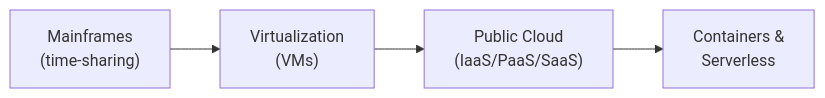
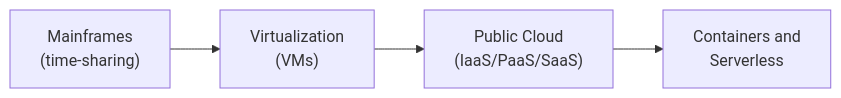
Before and after one commit to Prabakaran-MS/crashCourse: the first of 2 diagrams in Learning/Cloud-Computing/01-Introduction/history-evolution.md, drawn with Mermaid. The commit also changed other lines of this file and 84 other files, not shown here.

````diff
--- a/Learning/Cloud-Computing/01-Introduction/history-evolution.md
+++ b/Learning/Cloud-Computing/01-Introduction/history-evolution.md
@@ -20,6 +20,6 @@
 ```mermaid
 flowchart LR
-    A["Mainframes\n(time-sharing)"] --> B["Virtualization\n(VMs)"]
-    B --> C["Public Cloud\n(IaaS/PaaS/SaaS)"]
-    C --> D["Containers &\nServerless"]
+    A["Mainframes<br/>(time-sharing)"] --> B["Virtualization<br/>(VMs)"]
+    B --> C["Public Cloud<br/>(IaaS/PaaS/SaaS)"]
+    C --> D["Containers and <br/>Serverless"]
 ```
````
